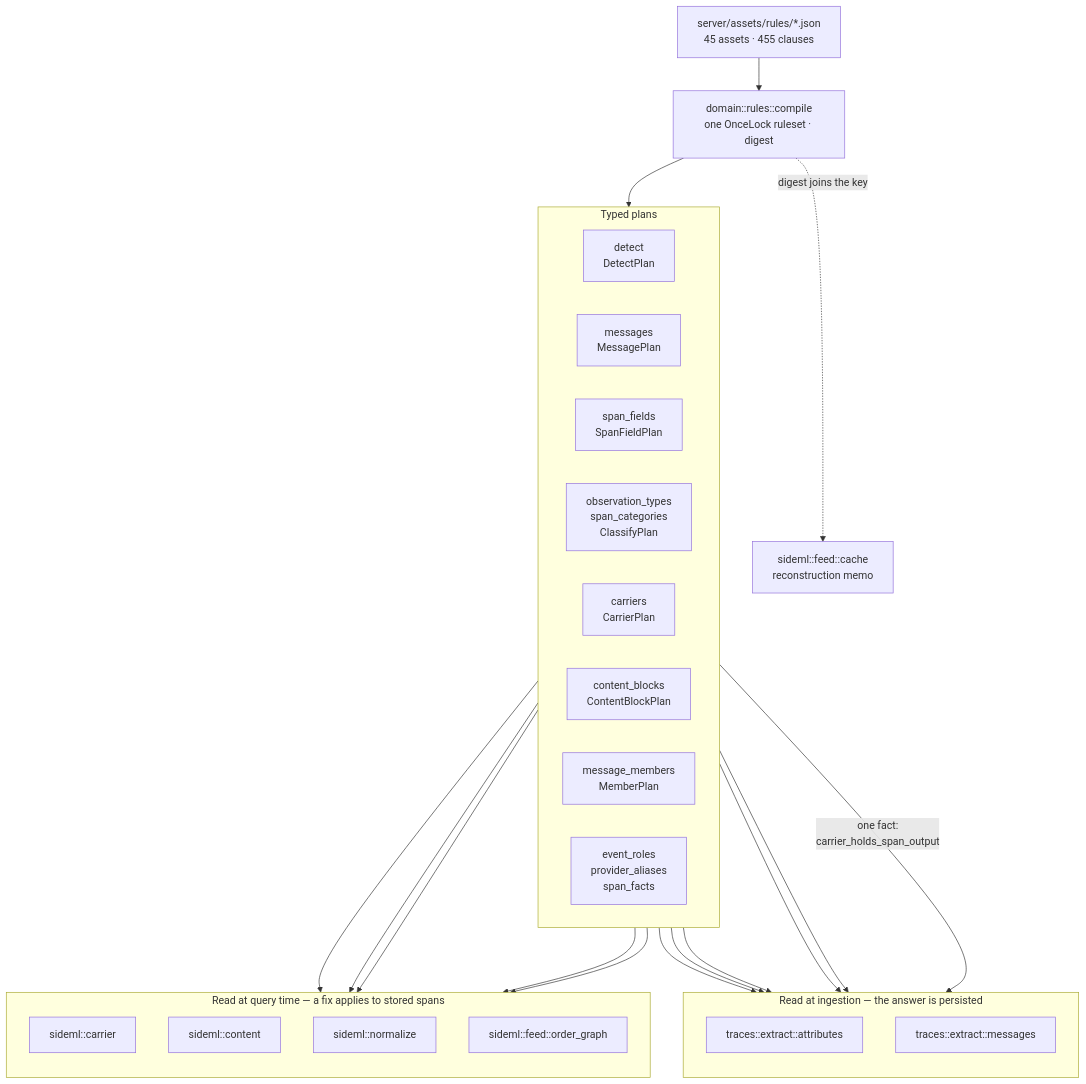
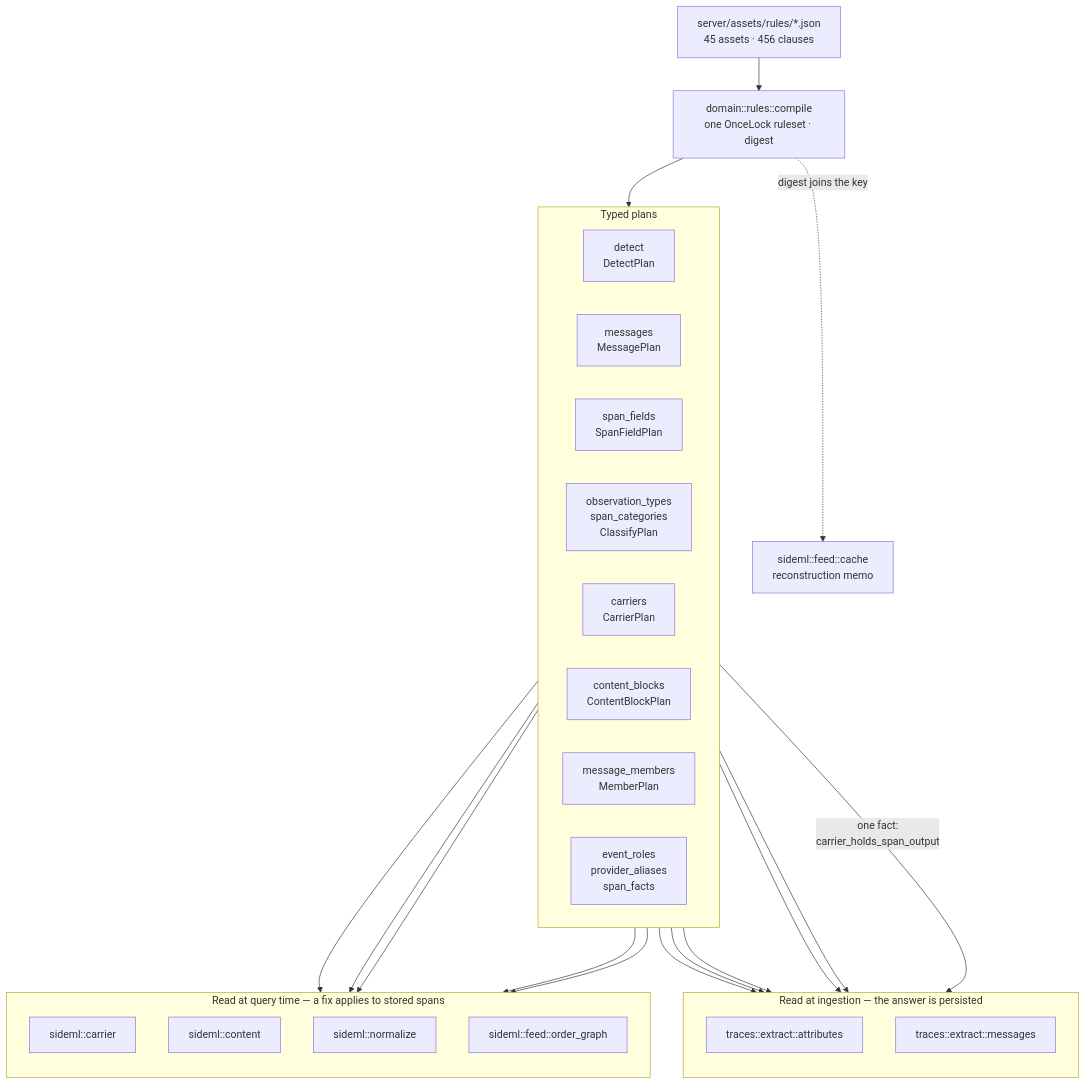
The first of 7 diagrams in docs/engineering/architecture-diagrams.md (sideseat/sideseat), drawn with Mermaid before and after one commit. The commit also changed 4 other files, not shown here.

````diff
--- a/docs/engineering/architecture-diagrams.md
+++ b/docs/engineering/architecture-diagrams.md
@@ -18,47 +18,47 @@
 ```mermaid
 flowchart TB
-    assets["server/assets/rules/*.json<br/>45 assets · 455 clauses"]
+    assets["server/assets/rules/*.json<br/>45 assets · 456 clauses"]
     compile["domain::rules::compile<br/>one OnceLock ruleset · digest"]
     assets --> compile
 
     subgraph plans["Typed plans"]
         direction LR
         detect["detect<br/>DetectPlan"]
         messages["messages<br/>MessagePlan"]
         fields["span_fields<br/>SpanFieldPlan"]
         classify["observation_types<br/>span_categories<br/>ClassifyPlan"]
         carriers["carriers<br/>CarrierPlan"]
         blocks["content_blocks<br/>ContentBlockPlan"]
         members["message_members<br/>MemberPlan"]
         roles["event_roles<br/>provider_aliases<br/>span_facts"]
     end
     compile --> plans
 
     subgraph ingest["Read at ingestion — the answer is persisted"]
         direction TB
         attrs["traces::extract::attributes"]
         msgs["traces::extract::messages"]
     end
 
     subgraph query["Read at query time — a fix applies to stored spans"]
         direction TB
         carrier["sideml::carrier"]
         content["sideml::content"]
         normalize["sideml::normalize"]
         order["sideml::feed::order_graph"]
     end
 
     detect --> attrs
     fields --> attrs
     classify --> attrs
     roles --> attrs
     messages --> msgs
     carriers -->|"one fact:<br/>carrier_holds_span_output"| msgs
     carriers --> carrier
     carriers --> order
     blocks --> content
     members --> content
     roles --> normalize
 
     compile -. "digest joins the key" .-> cache["sideml::feed::cache<br/>reconstruction memo"]
 ```
````
